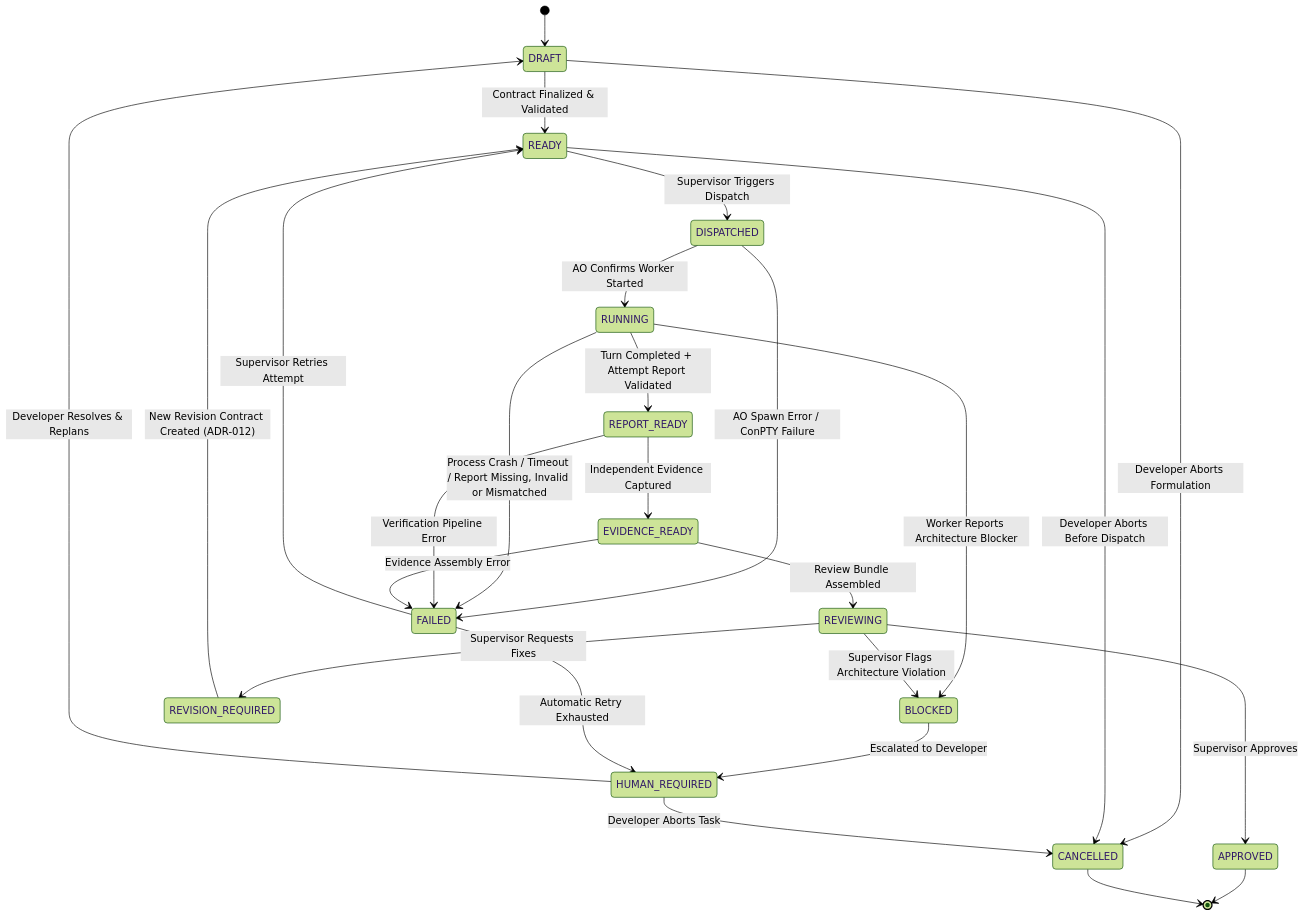
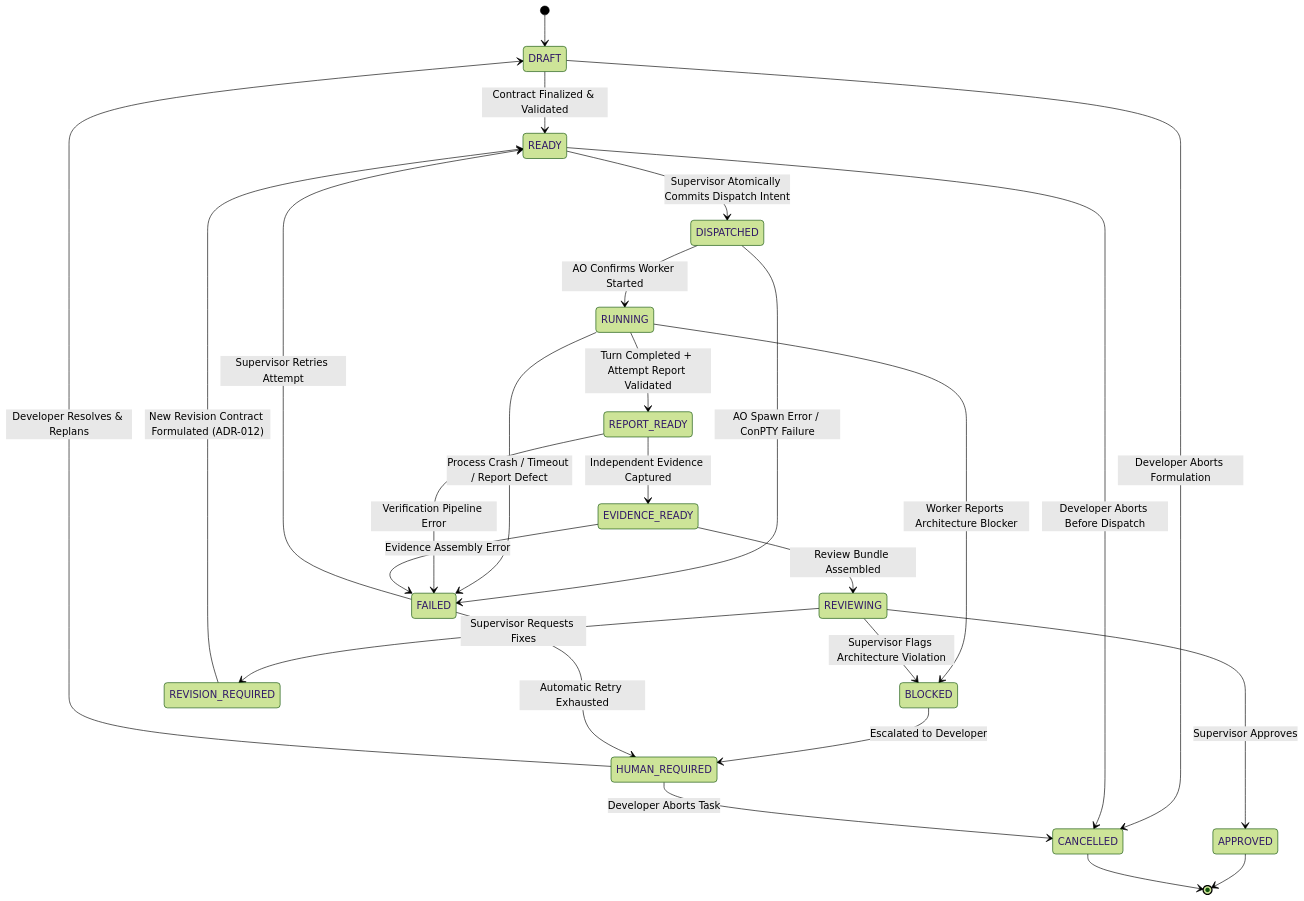
One commit to trungqwe/ai-supervisor changed the diagram in docs/06_WORKFLOW_STATE_MACHINE.md. Above: the diagram before and after it, drawn with Mermaid (forest theme). The commit also changed other lines of this file and 8 other files, not shown here.

````diff
--- a/docs/06_WORKFLOW_STATE_MACHINE.md
+++ b/docs/06_WORKFLOW_STATE_MACHINE.md
@@ -10,39 +10,39 @@
 ```mermaid
 stateDiagram-v2
     [*] --> DRAFT
     DRAFT --> READY: Contract Finalized & Validated
     DRAFT --> CANCELLED: Developer Aborts Formulation
 
-    READY --> DISPATCHED: Supervisor Triggers Dispatch
+    READY --> DISPATCHED: Supervisor Atomically Commits Dispatch Intent
     READY --> CANCELLED: Developer Aborts Before Dispatch
 
     DISPATCHED --> RUNNING: AO Confirms Worker Started
     DISPATCHED --> FAILED: AO Spawn Error / ConPTY Failure
 
     RUNNING --> REPORT_READY: Turn Completed + Attempt Report Validated
-    RUNNING --> FAILED: Process Crash / Timeout / Report Missing, Invalid or Mismatched
+    RUNNING --> FAILED: Process Crash / Timeout / Report Defect
     RUNNING --> BLOCKED: Worker Reports Architecture Blocker
 
     REPORT_READY --> EVIDENCE_READY: Independent Evidence Captured
     REPORT_READY --> FAILED: Verification Pipeline Error
 
     EVIDENCE_READY --> REVIEWING: Review Bundle Assembled
     EVIDENCE_READY --> FAILED: Evidence Assembly Error
 
     REVIEWING --> APPROVED: Supervisor Approves
     REVIEWING --> REVISION_REQUIRED: Supervisor Requests Fixes
     REVIEWING --> BLOCKED: Supervisor Flags Architecture Violation
 
-    REVISION_REQUIRED --> READY: New Revision Contract Created (ADR-012)
+    REVISION_REQUIRED --> READY: New Revision Contract Formulated (ADR-012)
 
     BLOCKED --> HUMAN_REQUIRED: Escalated to Developer
 
     FAILED --> HUMAN_REQUIRED: Automatic Retry Exhausted
     FAILED --> READY: Supervisor Retries Attempt
 
     HUMAN_REQUIRED --> DRAFT: Developer Resolves & Replans
     HUMAN_REQUIRED --> CANCELLED: Developer Aborts Task
 
     APPROVED --> [*]
     CANCELLED --> [*]
 ```
````
